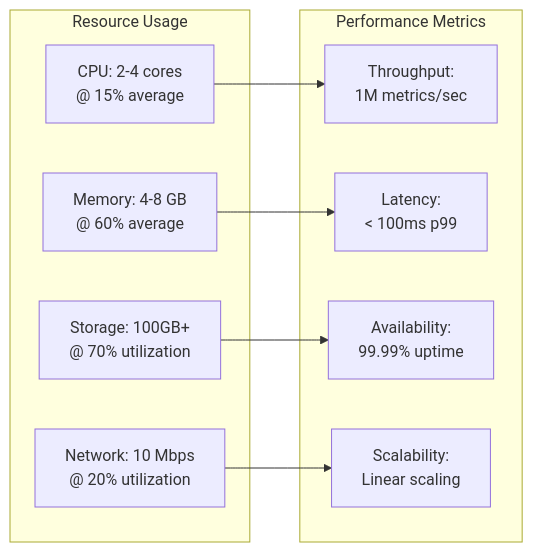
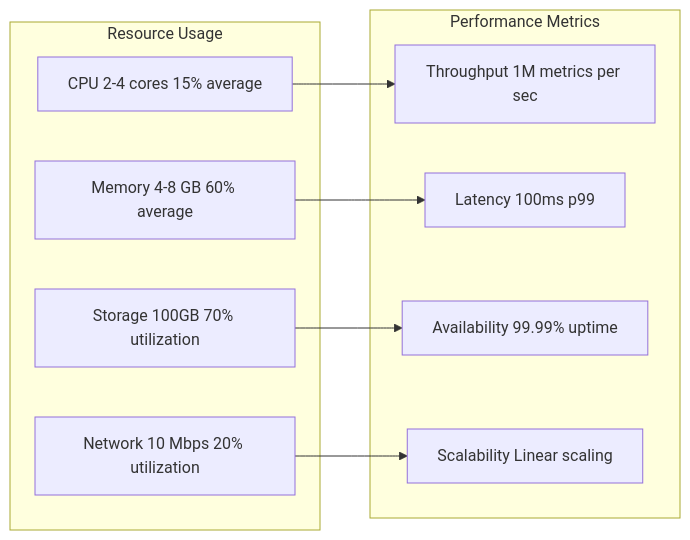
Before and after one commit to ShanKonduru/agent_monitor: the ninth of 9 diagrams in docs/PULSEGUARD_COMPREHENSIVE_DOCUMENTATION.md, drawn with Mermaid. The commit also changed other lines of this file and 9338 other files, not shown here.

````diff
--- a/docs/PULSEGUARD_COMPREHENSIVE_DOCUMENTATION.md
+++ b/docs/PULSEGUARD_COMPREHENSIVE_DOCUMENTATION.md
@@ -908,21 +895,21 @@
 ```mermaid
 graph LR
     subgraph ResourceUsage [Resource Usage]
-        A[CPU: 2-4 cores<br/>@ 15% average]
-        B[Memory: 4-8 GB<br/>@ 60% average]
-        C[Storage: 100GB+<br/>@ 70% utilization]
-        D[Network: 10 Mbps<br/>@ 20% utilization]
+        A[CPU 2-4 cores 15% average]
+        B[Memory 4-8 GB 60% average]
+        C[Storage 100GB 70% utilization]
+        D[Network 10 Mbps 20% utilization]
     end
     
     subgraph PerformanceMetrics [Performance Metrics]
-        E[Throughput:<br/>1M metrics/sec]
-        F[Latency:<br/>< 100ms p99]
-        G[Availability:<br/>99.99% uptime]
-        H[Scalability:<br/>Linear scaling]
+        E[Throughput 1M metrics per sec]
+        F[Latency 100ms p99]
+        G[Availability 99.99% uptime]
+        H[Scalability Linear scaling]
     end
     
     A --> E
     B --> F
     C --> G
     D --> H
 ```
````
